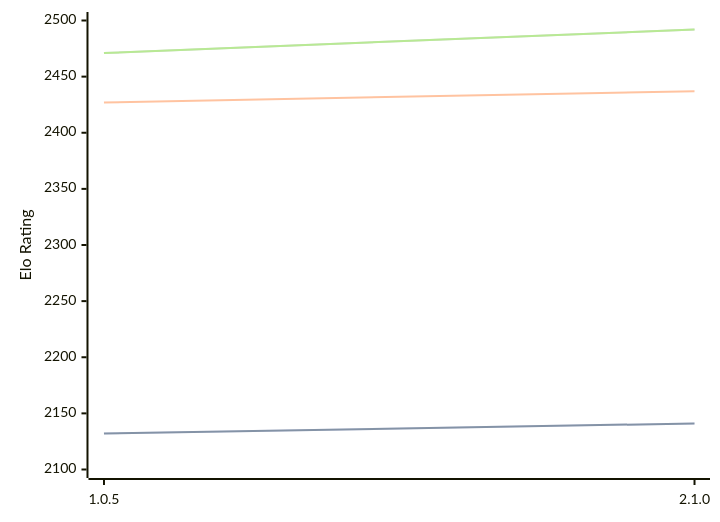
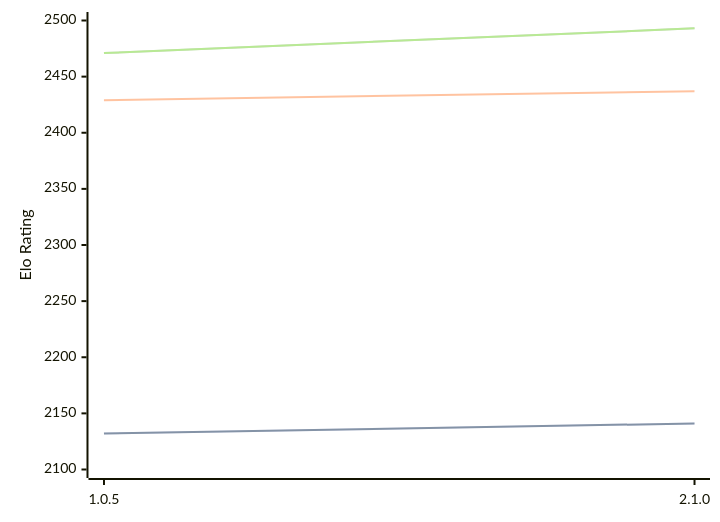
One commit to computer-chess-index/cci changed the diagram in engines/Ruffian.md. Above: the diagram before and after it, drawn with Mermaid. The commit also changed other lines of this file, not shown here.

Commit message:
Update CCI Ratings (ELO VLTC) - 2026-07-24

````diff
--- a/engines/Ruffian.md
+++ b/engines/Ruffian.md
@@ -32,11 +32,11 @@
 ```mermaid
 %%{init: {"theme":"base","themeVariables":{"seriesColors:['#a3a3a3','#222221','#faa371']}}}%%
 xychart-beta
   x-axis ["1.0.5", "2.1.0"]
   y-axis "Elo Rating" 2100 --> 2500
   line "STC (8.0+0.08s)" [2132, 2141]
   line "STC (8.0+0.08s)" [2132, 2141]
-  line "LTC (60.0+0.60s)" [2427, 2437]
-  line "VLTC (2m24s+1.12s)" [2471, 2492]
-  line "VLTC (2m24s+1.12s)" [2471, 2492]
+  line "LTC (60.0+0.60s)" [2429, 2437]
+  line "VLTC (2m24s+1.12s)" [2471, 2493]
+  line "VLTC (2m24s+1.12s)" [2471, 2493]
 ```
````
